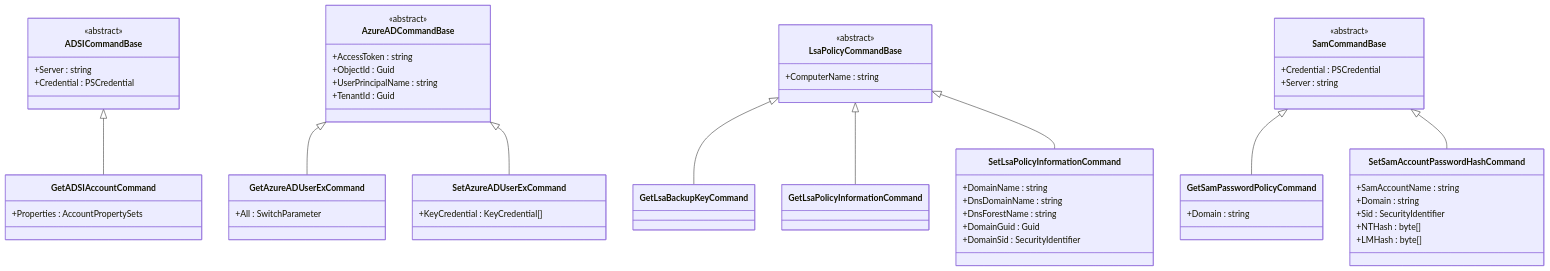
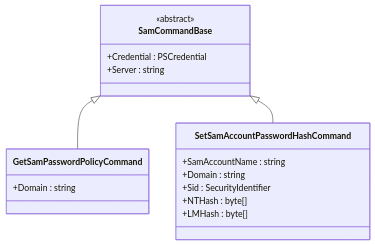
One commit to MichaelGrafnetter/DSInternals changed the eighth of 9 diagrams in Src/DSInternals.PowerShell/Commands/README.md. Above: the diagram before and after it, drawn with Mermaid. The commit also changed other lines of this file and 26 other files, not shown here.

````diff
--- a/Src/DSInternals.PowerShell/Commands/README.md
+++ b/Src/DSInternals.PowerShell/Commands/README.md
@@ -325,64 +350,21 @@
 ```mermaid
 classDiagram
     direction TB
-    class ADSICommandBase {
-        <<abstract>>
-        +Server : string
-        +Credential : PSCredential
-    }
-    class GetADSIAccountCommand {
-        +Properties : AccountPropertySets
-    }
-    ADSICommandBase <|-- GetADSIAccountCommand
-
-    class AzureADCommandBase {
-        <<abstract>>
-        +AccessToken : string
-        +ObjectId : Guid
-        +UserPrincipalName : string
-        +TenantId : Guid
-    }
-    class GetAzureADUserExCommand {
-        +All : SwitchParameter
-    }
-    class SetAzureADUserExCommand {
-        +KeyCredential : KeyCredential[]
-    }
-    AzureADCommandBase <|-- GetAzureADUserExCommand
-    AzureADCommandBase <|-- SetAzureADUserExCommand
-
-    class LsaPolicyCommandBase {
-        <<abstract>>
-        +ComputerName : string
-    }
-    class GetLsaBackupKeyCommand
-    class GetLsaPolicyInformationCommand
-    class SetLsaPolicyInformationCommand {
-        +DomainName : string
-        +DnsDomainName : string
-        +DnsForestName : string
-        +DomainGuid : Guid
-        +DomainSid : SecurityIdentifier
-    }
-    LsaPolicyCommandBase <|-- GetLsaBackupKeyCommand
-    LsaPolicyCommandBase <|-- GetLsaPolicyInformationCommand
-    LsaPolicyCommandBase <|-- SetLsaPolicyInformationCommand
-
     class SamCommandBase {
         <<abstract>>
         +Credential : PSCredential
         +Server : string
     }
     class GetSamPasswordPolicyCommand {
         +Domain : string
     }
     class SetSamAccountPasswordHashCommand {
         +SamAccountName : string
         +Domain : string
         +Sid : SecurityIdentifier
         +NTHash : byte[]
         +LMHash : byte[]
     }
     SamCommandBase <|-- GetSamPasswordPolicyCommand
     SamCommandBase <|-- SetSamAccountPasswordHashCommand
 ```
````
